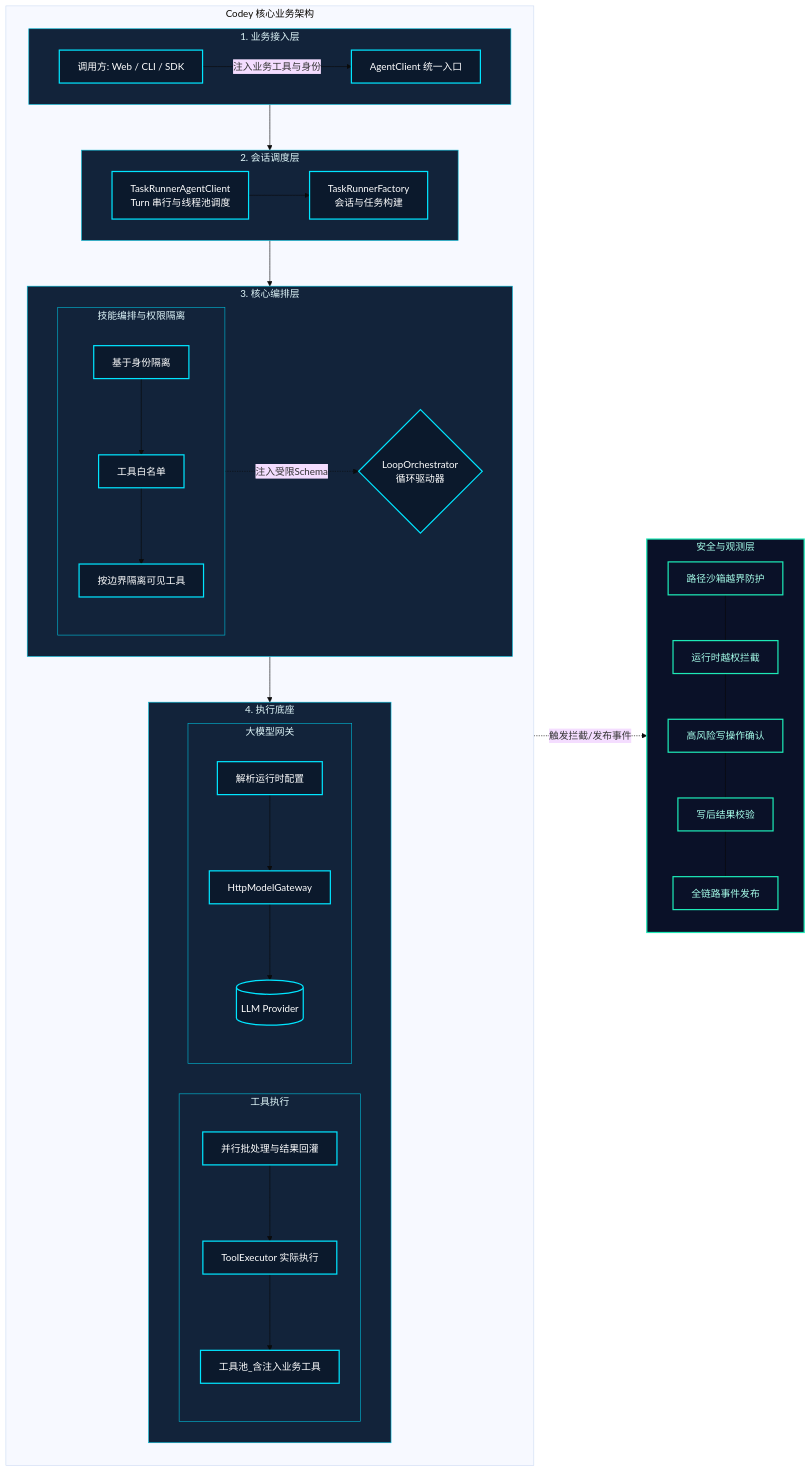
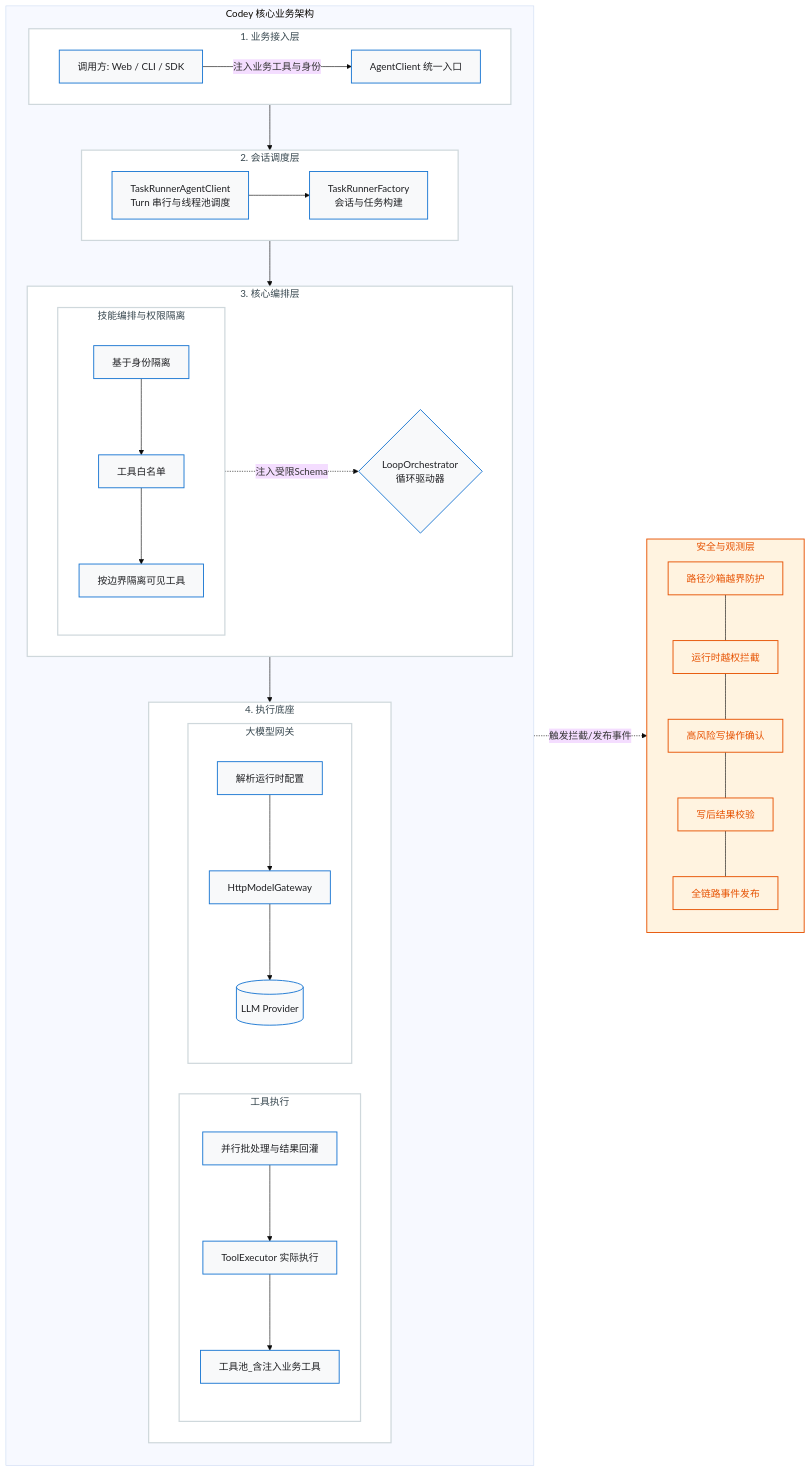
One commit to cdy-codey/codey changed the diagram in README.md. Above: the diagram before and after it, drawn with Mermaid (base theme). The commit also changed 1 other file, not shown here.

Commit message:
feat: 添加chat-workspace业务图和技术架构图

```diff
--- a/README.md
+++ b/README.md
@@ -159,10 +159,10 @@
     %% 侧边栏与主体层的横向关联（体现安全机制对各层的拦截与观测）
     S_Main -.->|触发拦截/发布事件| S_Security
 
-    %% 主题配色（采用暗黑赛博风，青色/蓝绿点缀）
-    classDef default fill:#0b192c,stroke:#00e5ff,stroke-width:2px,color:#ffffff
-    classDef security fill:#0a1128,stroke:#1de9b6,stroke-width:2px,color:#a7ffeb
-    classDef layer fill:#12233a,stroke:#00b8d4,stroke-width:1px,color:#e0f7fa
+    %% 主题配色（适配白色背景文档站点）
+    classDef default fill:#f8f9fa,stroke:#1976d2,stroke-width:1.5px,color:#202124
+    classDef security fill:#fff3e0,stroke:#e65100,stroke-width:1.5px,color:#e65100
+    classDef layer fill:#ffffff,stroke:#cfd8dc,stroke-width:2px,color:#37474f
     
     class S_Security,WPS,TAC,HCS,VF,SEP security
     class L1,L2,L3,L4,L4_Tool,L4_Model,L3_Skill layer
```
